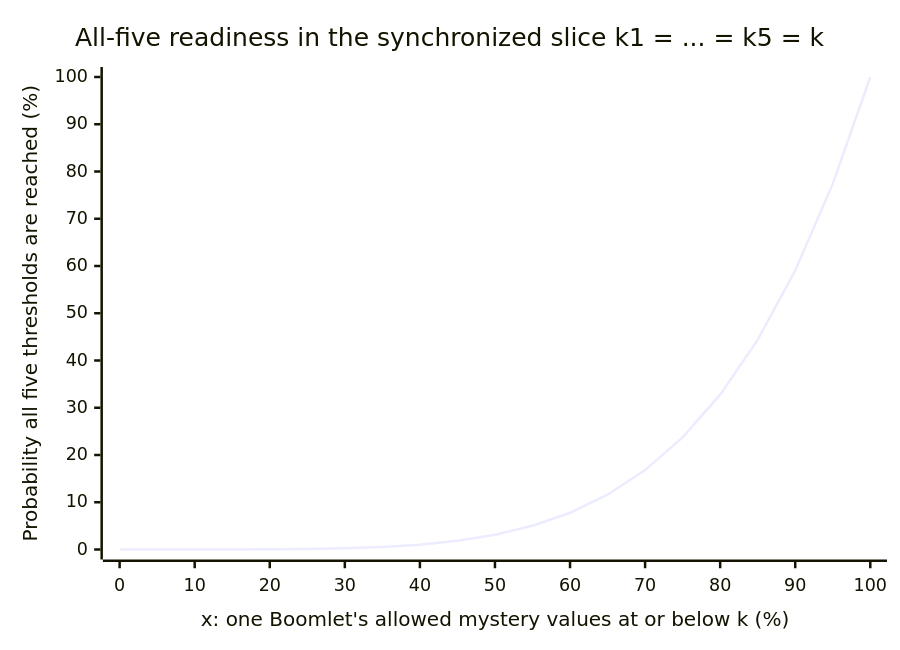
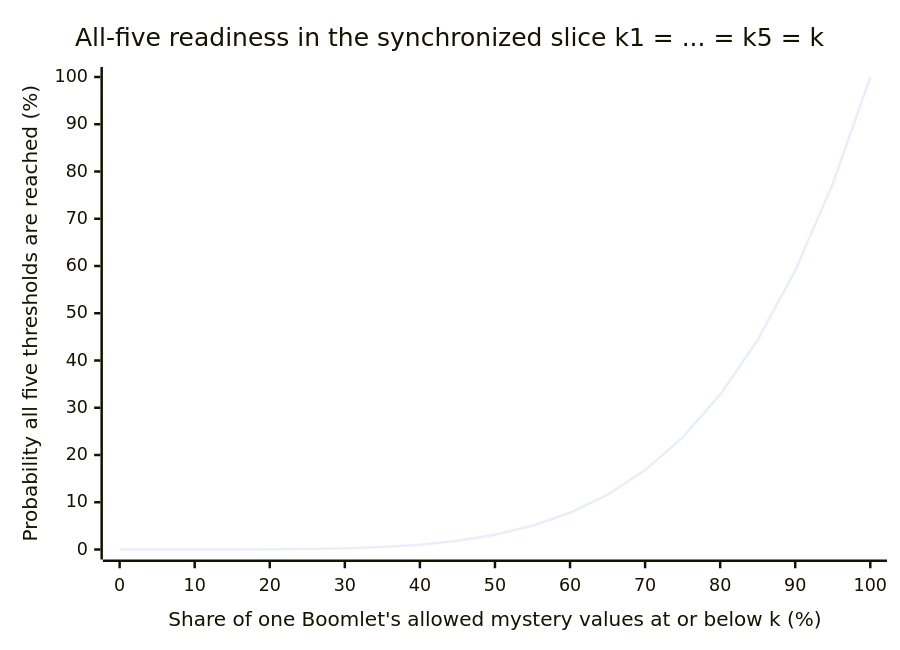
One commit to cogwheel26/boomerang_design changed the second of 3 diagrams in DESIGN.md. Above: the diagram before and after it, drawn with Mermaid. The commit also changed other lines of this file, not shown here.

````diff
--- a/DESIGN.md
+++ b/DESIGN.md
@@ -855,7 +858,7 @@
 ```mermaid
 xychart-beta
     title "All-five readiness in the synchronized slice k1 = ... = k5 = k"
-    x-axis "x: one Boomlet's allowed mystery values at or below k (%)" 0 --> 100
+    x-axis "Share of one Boomlet's allowed mystery values at or below k (%)" 0 --> 100
     y-axis "Probability all five thresholds are reached (%)" 0 --> 100
     line [0, 0.00003, 0.001, 0.0076, 0.032, 0.0977, 0.243, 0.5252, 1.024, 1.8453, 3.125, 5.0328, 7.776, 11.6029, 16.807, 23.7305, 32.768, 44.3705, 59.049, 77.3781, 100]
 ```
````
